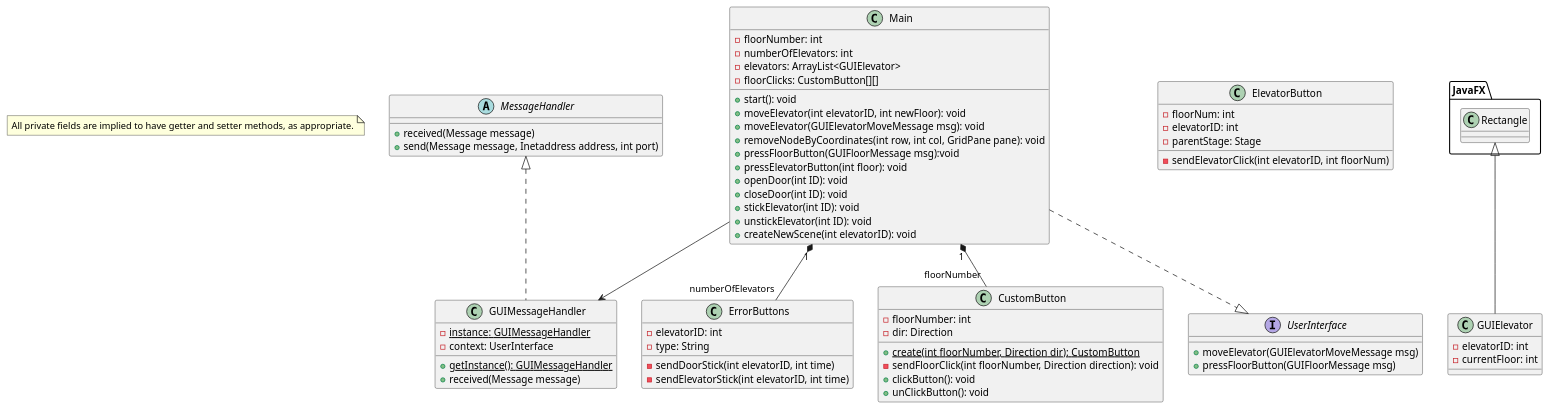
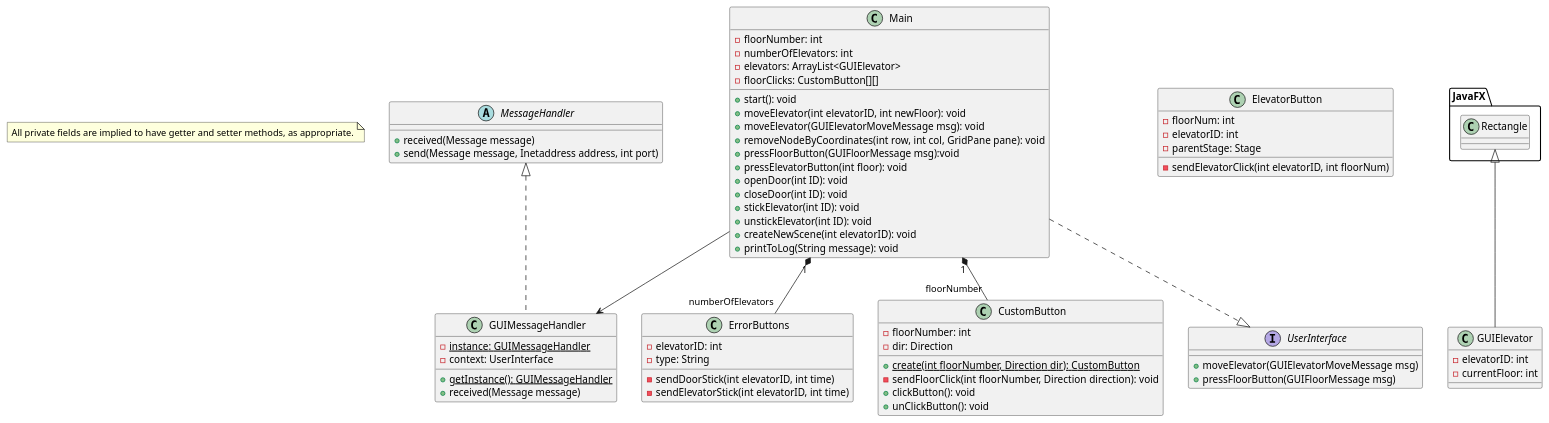
Before and after one commit to JoshuaSFryer/3303-L4G5: the diagram in doc/diagrams/ClassDiagrams/UIClassDiagram.puml, drawn with PlantUML. The commit also changed 9 other files, not shown here.

Commit message:
Update UI class diagram with new method, and refresh all PNGs

```diff
--- a/doc/diagrams/ClassDiagrams/UIClassDiagram.puml
+++ b/doc/diagrams/ClassDiagrams/UIClassDiagram.puml
@@ -1,81 +1,82 @@
 @startuml
 
 note "All private fields are implied to have getter and setter methods, as appropriate." as N1
 
 abstract class MessageHandler {
     +received(Message message)
     +send(Message message, Inetaddress address, int port)
 }
 
 class GUIMessageHandler {
     -{static} instance: GUIMessageHandler
     -context: UserInterface
 
     +{static} getInstance(): GUIMessageHandler
     +received(Message message)
 }
 
 class Main {
     -floorNumber: int
     -numberOfElevators: int
     -elevators: ArrayList<GUIElevator>
     -floorClicks: CustomButton[][]
 
     +start(): void
     +moveElevator(int elevatorID, int newFloor): void
     +moveElevator(GUIElevatorMoveMessage msg): void
     +removeNodeByCoordinates(int row, int col, GridPane pane): void
     +pressFloorButton(GUIFloorMessage msg):void
     +pressElevatorButton(int floor): void 
     +openDoor(int ID): void
     +closeDoor(int ID): void
     +stickElevator(int ID): void
     +unstickElevator(int ID): void
     +createNewScene(int elevatorID): void
+    +printToLog(String message): void
 }
 
 class ErrorButtons {
     -elevatorID: int
     -type: String
 
     -sendDoorStick(int elevatorID, int time)
     -sendElevatorStick(int elevatorID, int time)
 }
 
 class CustomButton {
     -floorNumber: int
     -dir: Direction
 
     + {static} create(int floorNumber, Direction dir): CustomButton
     - sendFloorClick(int floorNumber, Direction direction): void
     + clickButton(): void
     + unClickButton(): void
 }
 
 class ElevatorButton {
     -floorNum: int
     -elevatorID: int
     -parentStage: Stage
 
     -sendElevatorClick(int elevatorID, int floorNum)
 }
 
 class GUIElevator {
     -elevatorID: int
     -currentFloor: int
 }
 GUIElevator -up-|> JavaFX.Rectangle
 
 interface UserInterface {
     +moveElevator(GUIElevatorMoveMessage msg)
     +pressFloorButton(GUIFloorMessage msg)
 }
 
 MessageHandler <|.. GUIMessageHandler
 
 Main ..|> UserInterface
 Main "1" *-- "numberOfElevators" ErrorButtons
 Main "1" *-- "floorNumber" CustomButton
 Main --> GUIMessageHandler
 
 @enduml
```
